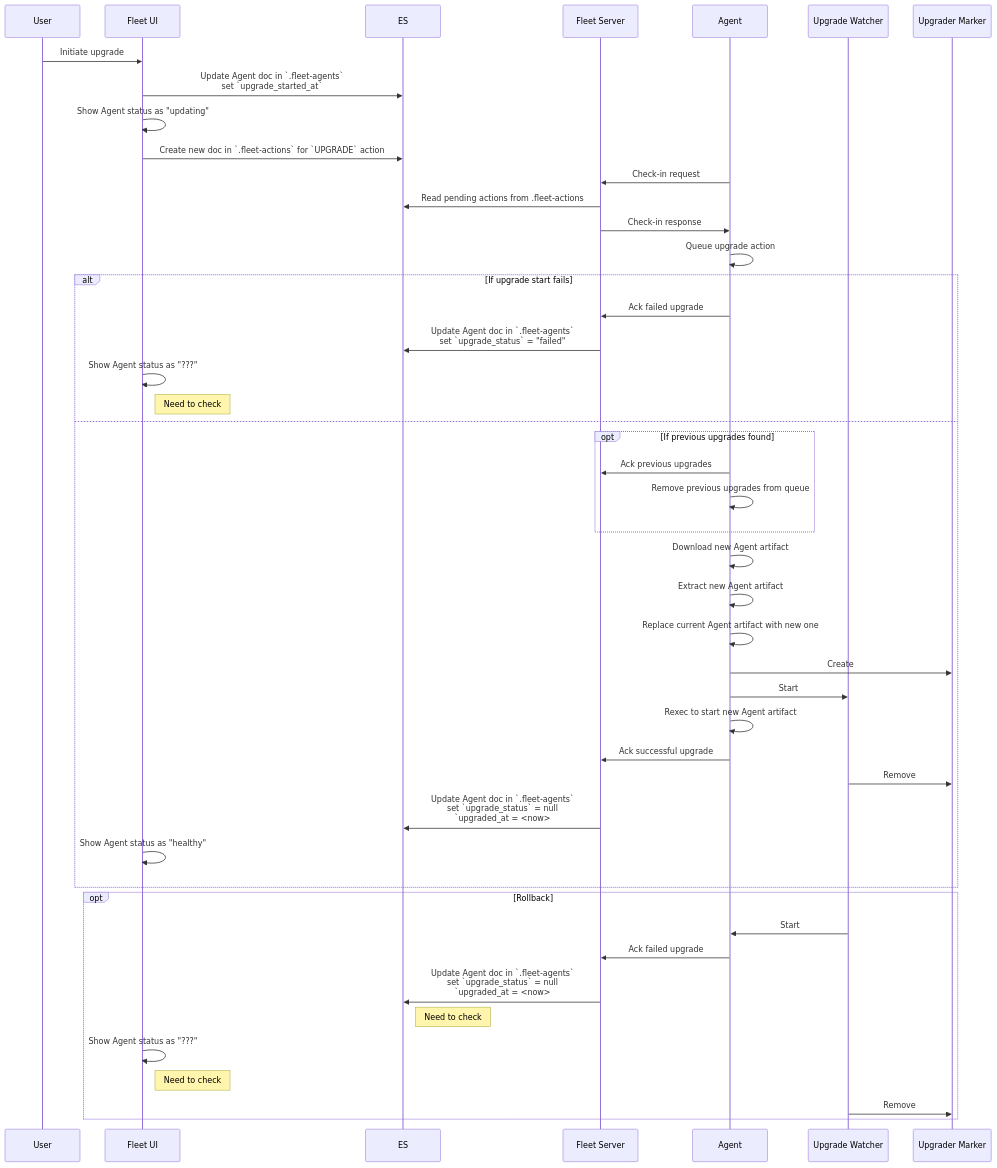
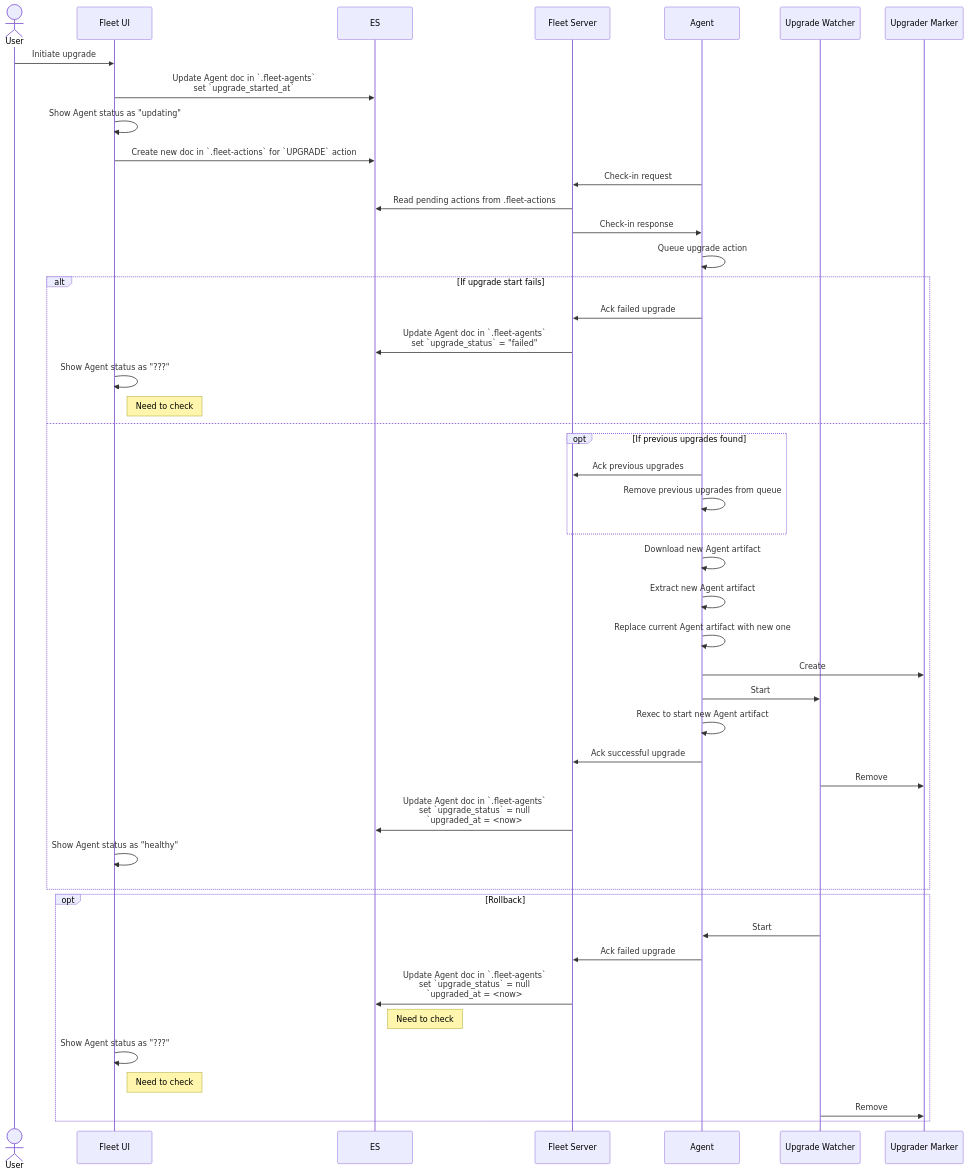
Before and after one commit to elastic/elastic-agent: the diagram in docs/upgrades.md, drawn with Mermaid.

Commit message:
Change user to actor

````diff
--- a/docs/upgrades.md
+++ b/docs/upgrades.md
@@ -10,49 +10,49 @@
 ```mermaid
 sequenceDiagram
-    participant U as User
+    actor U as User
     participant UI as Fleet UI
     participant ES
     participant FS as Fleet Server
     participant A as Agent
     participant UW as Upgrade Watcher
     participant UM as Upgrader Marker
 
     U->>UI: Initiate upgrade
     UI->>ES: Update Agent doc in `.fleet-agents`<br />set `upgrade_started_at`
     UI->>UI: Show Agent status as "updating"
     UI->>ES: Create new doc in `.fleet-actions` for `UPGRADE` action
     A->>FS: Check-in request
     FS->>ES: Read pending actions from .fleet-actions
     FS->>A: Check-in response
     A->>A: Queue upgrade action
     alt If upgrade start fails
        A->>FS: Ack failed upgrade
        FS->>ES: Update Agent doc in `.fleet-agents`<br />set `upgrade_status` = "failed"
        UI->>UI: Show Agent status as "???"
        Note right of UI: Need to check
     else
        opt If previous upgrades found
           A->>FS: Ack previous upgrades
           A->>A: Remove previous upgrades from queue
        end
        A->>A: Download new Agent artifact
        A->>A: Extract new Agent artifact
        A->>A: Replace current Agent artifact with new one
        A->>UM: Create
        A->>UW: Start
        A->>A: Rexec to start new Agent artifact
        A->>FS: Ack successful upgrade
        UW->>UM: Remove
        FS->>ES: Update Agent doc in `.fleet-agents`<br />set `upgrade_status` = null<br />`upgraded_at = <now>
        UI->>UI: Show Agent status as "healthy"
    end
    opt Rollback
        UW->>A: Start
        A->>FS: Ack failed upgrade
        FS->>ES: Update Agent doc in `.fleet-agents`<br />set `upgrade_status` = null<br />`upgraded_at = <now>
        Note right of ES: Need to check
        UI->>UI: Show Agent status as "???"
        Note right of UI: Need to check
        UW->>UM: Remove
    end
 ```
````
